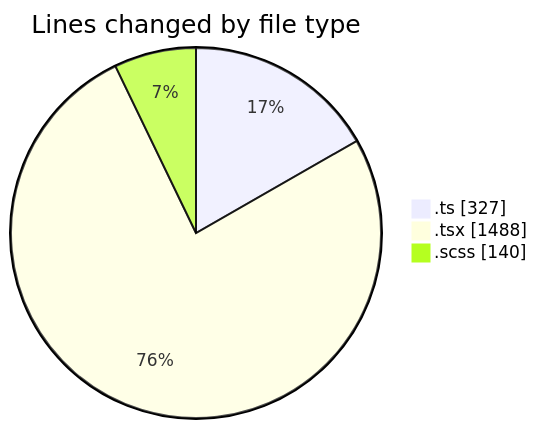
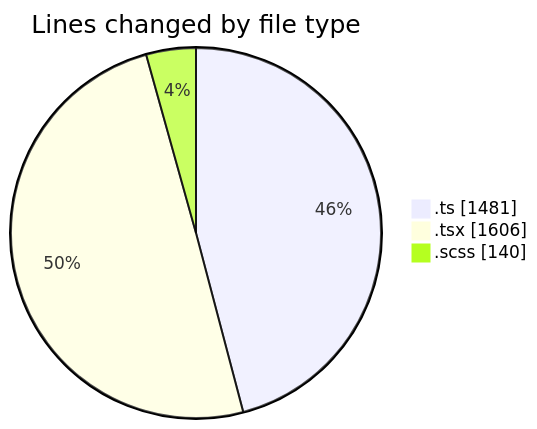
One commit to momahboobian/code-tracking changed the first of 2 diagrams in 2026-09-09/cda/README.md. Above: the diagram before and after it, drawn with Mermaid. The commit also changed other lines of this file and 1 other file, not shown here.

````diff
--- a/2026-09-09/cda/README.md
+++ b/2026-09-09/cda/README.md
@@ -38,7 +40,7 @@
 ```mermaid
 pie showData
 title Lines changed by file type
-".ts" : 327
-".tsx" : 1488
+".ts" : 1481
+".tsx" : 1606
 ".scss" : 140
 ```
````
